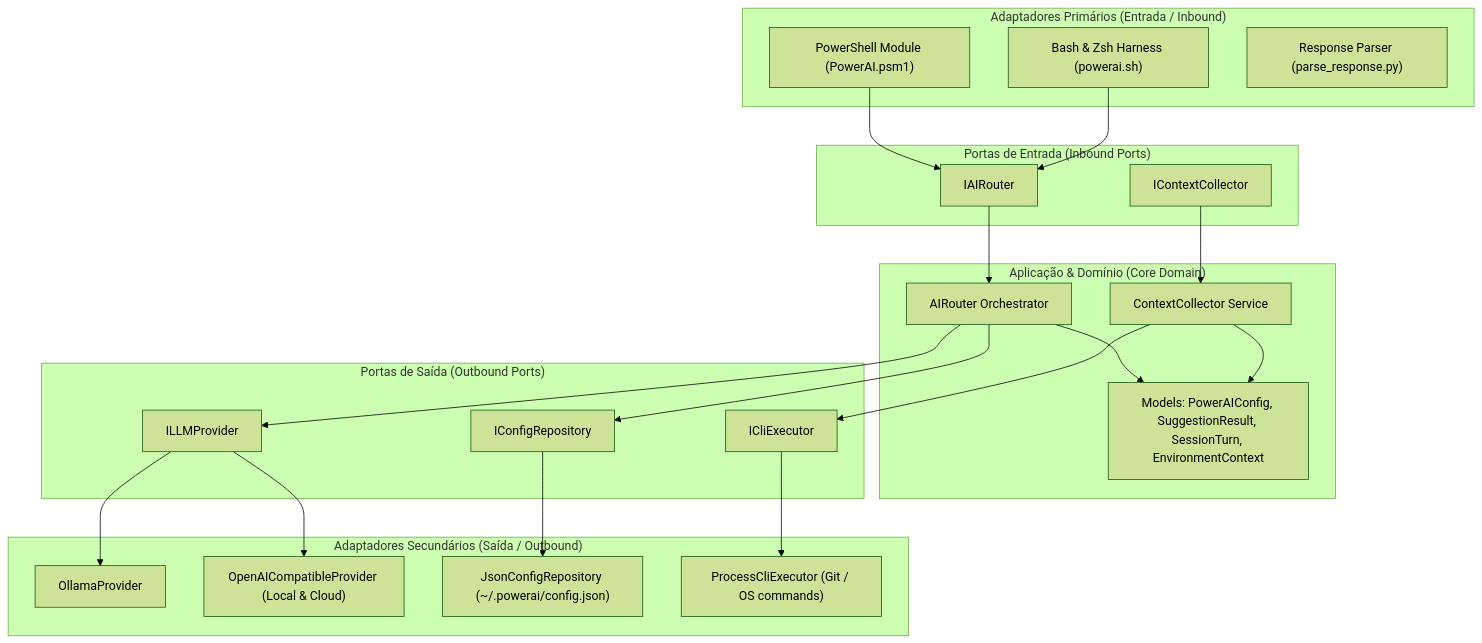
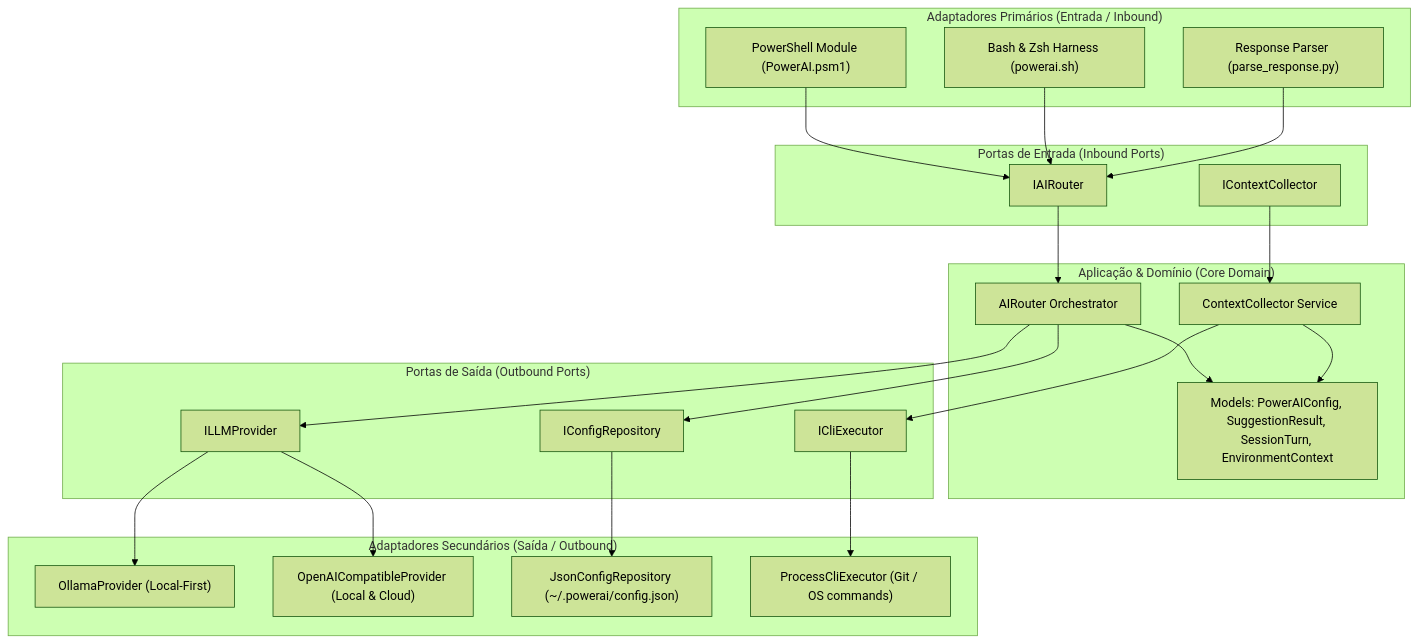
One commit to Luizhcrs/powerai changed the diagram in README.md. Above: the diagram before and after it, drawn with Mermaid (forest theme). The commit also changed other lines of this file and 2 other files, not shown here.

````diff
--- a/README.md
+++ b/README.md
@@ -116,46 +135,47 @@
 ```mermaid
 graph TD
     subgraph DrivingAdapters ["Adaptadores Primários (Entrada / Inbound)"]
         A1["PowerShell Module (PowerAI.psm1)"]
         A2["Bash & Zsh Harness (powerai.sh)"]
         A3["Response Parser (parse_response.py)"]
     end
 
     subgraph InboundPorts ["Portas de Entrada (Inbound Ports)"]
         P1["IAIRouter"]
         P2["IContextCollector"]
     end
 
     subgraph CoreApplication ["Aplicação & Domínio (Core Domain)"]
         C1["AIRouter Orchestrator"]
         C2["ContextCollector Service"]
         C3["Models: PowerAIConfig, SuggestionResult, SessionTurn, EnvironmentContext"]
     end
 
     subgraph OutboundPorts ["Portas de Saída (Outbound Ports)"]
         P3["ILLMProvider"]
         P4["IConfigRepository"]
         P5["ICliExecutor"]
     end
 
     subgraph DrivenAdapters ["Adaptadores Secundários (Saída / Outbound)"]
-        D1["OllamaProvider"]
+        D1["OllamaProvider (Local-First)"]
         D2["OpenAICompatibleProvider (Local & Cloud)"]
         D3["JsonConfigRepository (~/.powerai/config.json)"]
         D4["ProcessCliExecutor (Git / OS commands)"]
     end
 
     A1 --> P1
     A2 --> P1
+    A3 --> P1
     P1 --> C1
     P2 --> C2
     C1 --> C3
     C2 --> C3
     C1 --> P3
     C1 --> P4
     C2 --> P5
     P3 --> D1
     P3 --> D2
     P4 --> D3
     P5 --> D4
 ```
````
